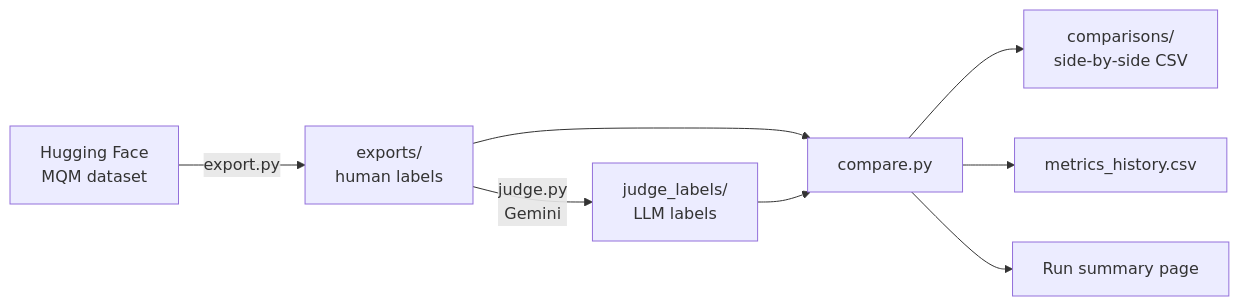
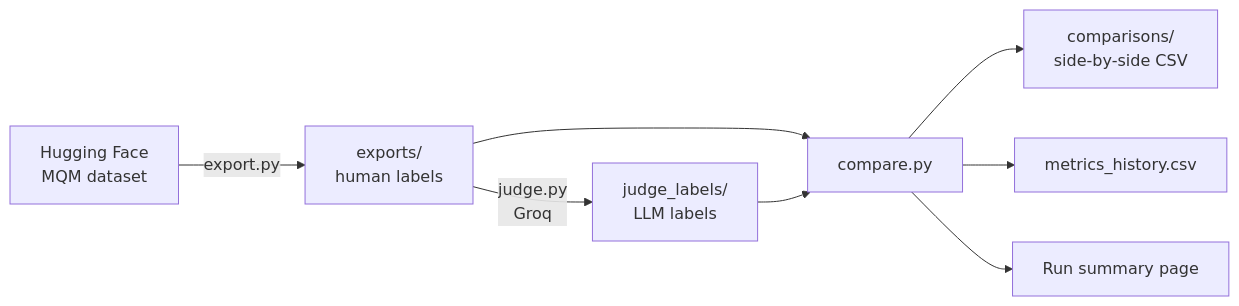
Before and after one commit to gomezclint/evaluation-test: the first of 2 diagrams in README.md, drawn with Mermaid. The commit also changed other lines of this file, not shown here.

````diff
--- a/README.md
+++ b/README.md
@@ -51,10 +51,10 @@
 ```mermaid
 flowchart LR
     A[Hugging Face<br/>MQM dataset] -->|export.py| B[exports/<br/>human labels]
-    B -->|judge.py<br/>Gemini| C[judge_labels/<br/>LLM labels]
+    B -->|judge.py<br/>Groq| C[judge_labels/<br/>LLM labels]
     B --> D
     C --> D[compare.py]
     D --> E[comparisons/<br/>side-by-side CSV]
     D --> F[metrics_history.csv]
     D --> G[Run summary page]
 ```
````
